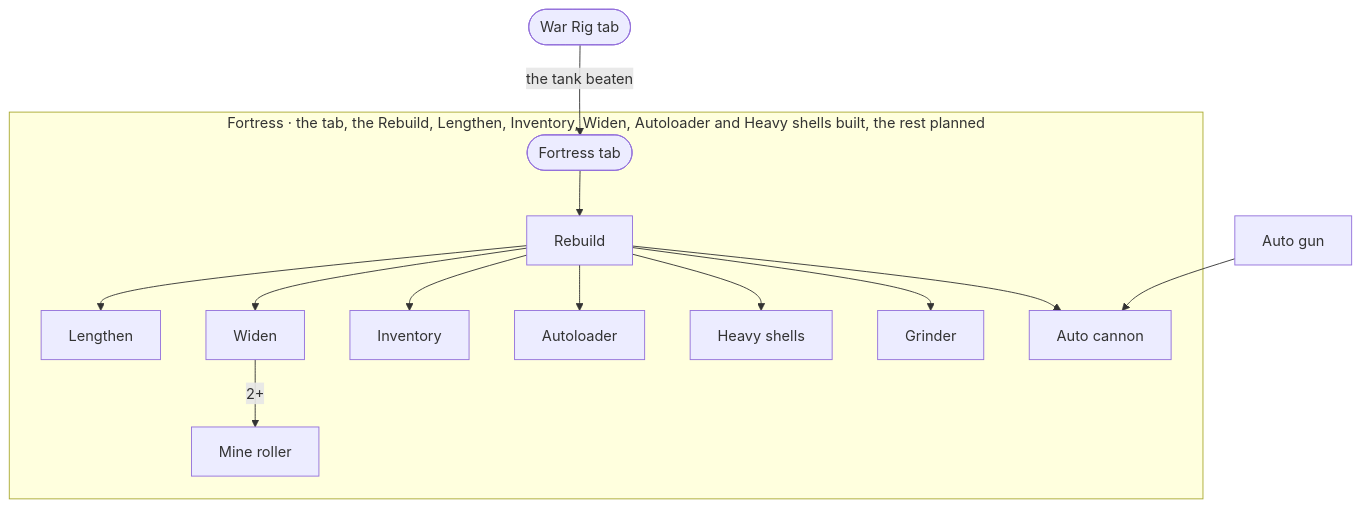
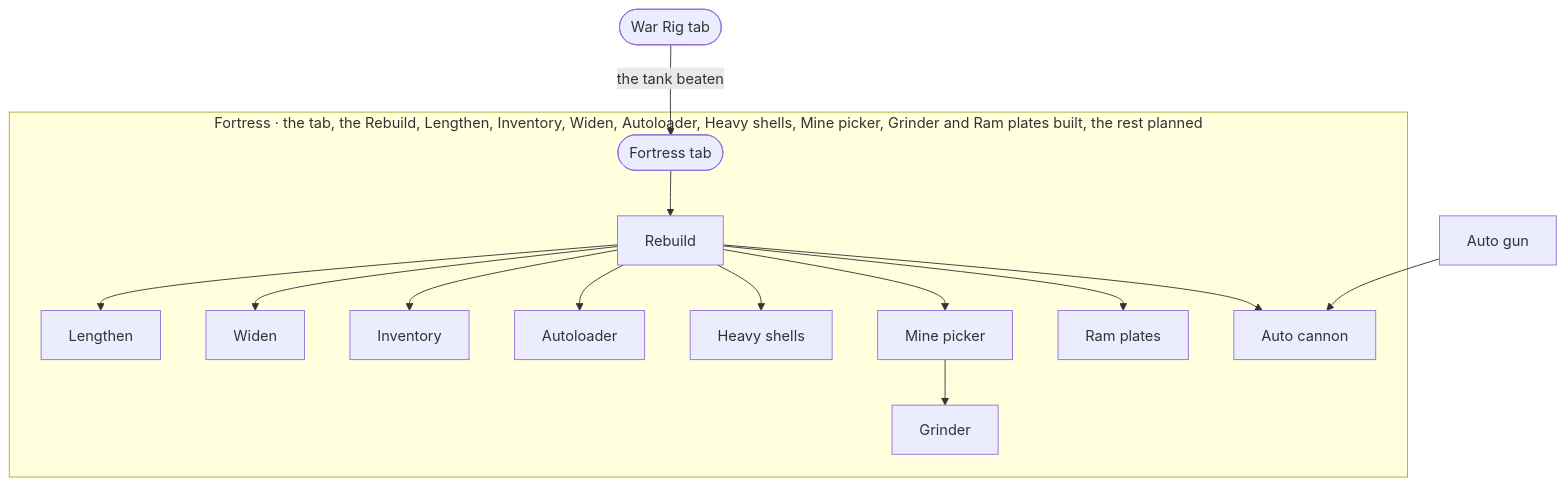
Before and after one commit to fulibacsi/rev-it: the second of 2 diagrams in docs/upgrade-graph.md, drawn with Mermaid. The commit also changed other lines of this file and 6 other files, not shown here.

First line of the commit message:
Act 5, layer 13: the Mine picker, the Grinder and Ram plates, for scrap

````diff
--- a/docs/upgrade-graph.md
+++ b/docs/upgrade-graph.md
@@ -275,20 +281,21 @@
 ```mermaid
 flowchart TD
-  subgraph X["Fortress · the tab, the Rebuild, Lengthen, Inventory, Widen, Autoloader and Heavy shells built, the rest planned"]
+  subgraph X["Fortress · the tab, the Rebuild, Lengthen, Inventory, Widen, Autoloader, Heavy shells, Mine picker, Grinder and Ram plates built, the rest planned"]
     fortressTab(["Fortress tab"])
     rebuild["Rebuild"]
     lengthen["Lengthen"]
     widen["Widen"]
     inventory["Inventory"]
     autoloader["Autoloader"]
     heavyShells["Heavy shells"]
+    picker["Mine picker"]
     grinder["Grinder"]
-    roller["Mine roller"]
+    plates["Ram plates"]
     autocannon["Auto cannon"]
   end
   warrig(["War Rig tab"]) -- "the tank beaten" --> fortressTab
   fortressTab --> rebuild
-  rebuild --> lengthen & widen & inventory & autoloader & heavyShells & grinder & autocannon
-  widen -- "2+" --> roller
+  rebuild --> lengthen & widen & inventory & autoloader & heavyShells & picker & plates & autocannon
+  picker --> grinder
   autogun["Auto gun"] --> autocannon
 ```
````
